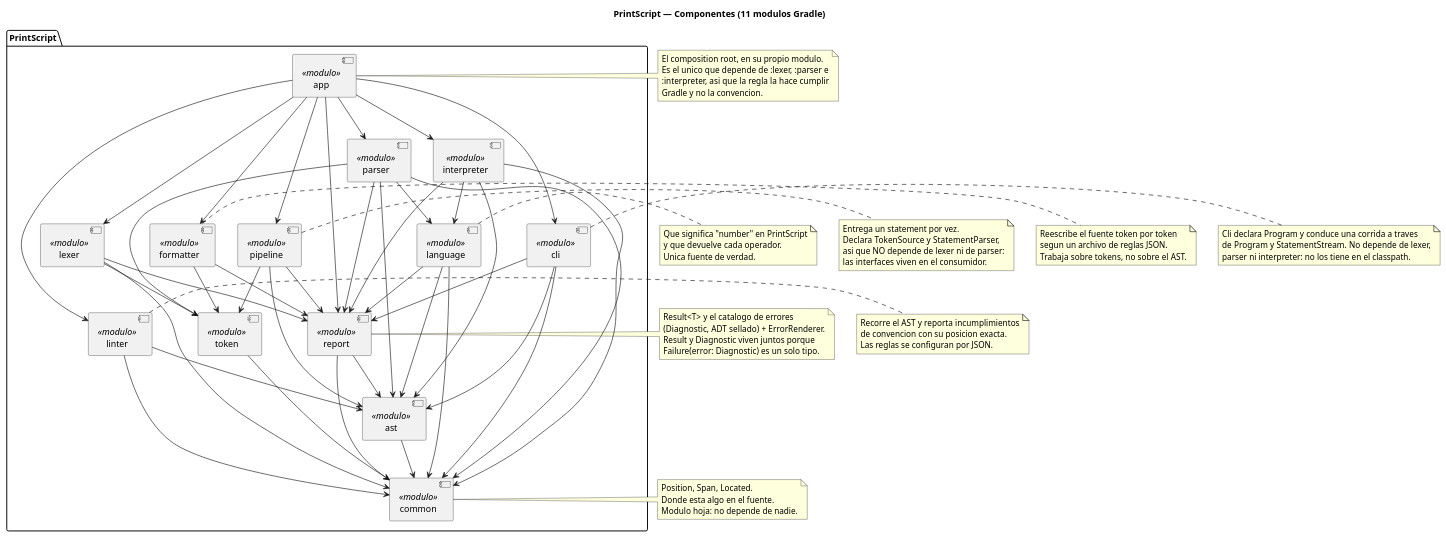
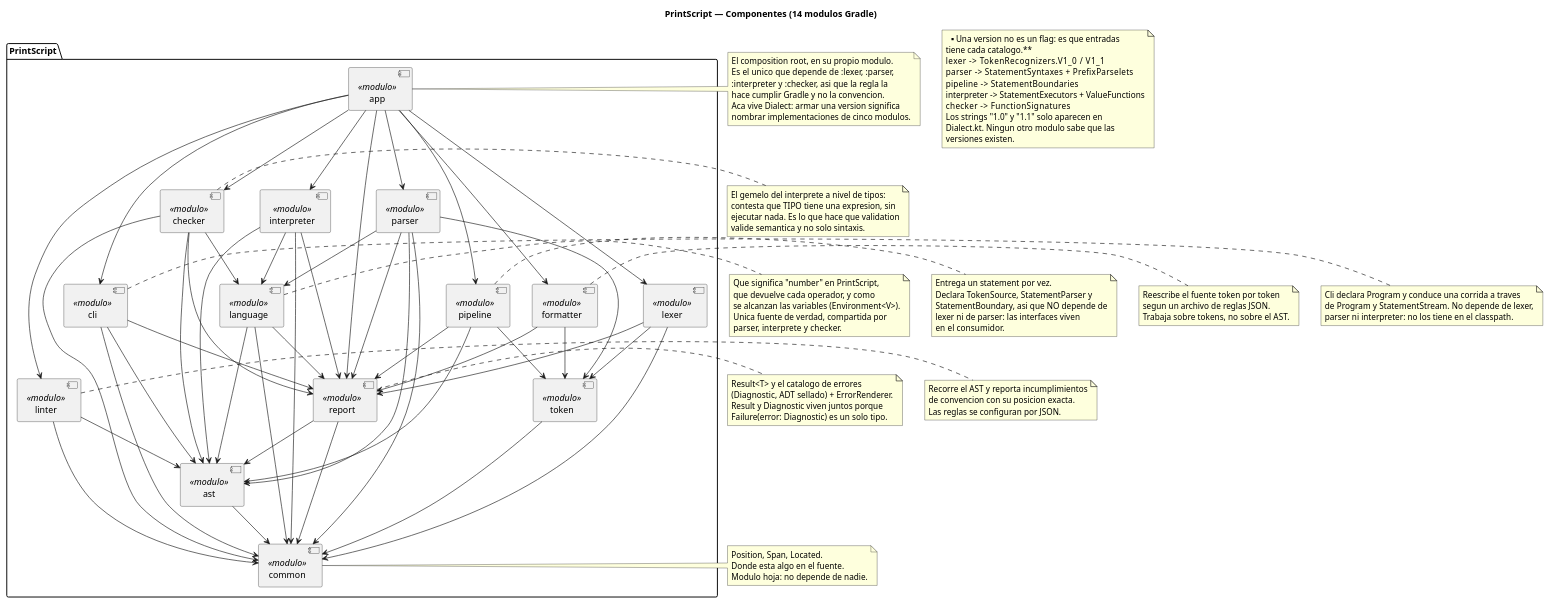
Before and after one commit to Ingsis-BRY/PrintScript: the first of 2 diagrams in docs/architecture-diagram.puml, drawn with PlantUML. The commit also changed other lines of this file and 2 other files, not shown here.

First line of the commit message:
docs: actualizar los entregables para 1.1

```diff
--- a/docs/architecture-diagram.puml
+++ b/docs/architecture-diagram.puml
@@ -7,120 +7,152 @@
 @startuml componentes
-title PrintScript — Componentes (11 modulos Gradle)
+title PrintScript — Componentes (14 modulos Gradle)
 
 package "PrintScript" {
     [common]      <<modulo>>
     [token]       <<modulo>>
     [ast]         <<modulo>>
     [report]      <<modulo>>
     [language]    <<modulo>>
     [lexer]       <<modulo>>
     [parser]      <<modulo>>
     [interpreter] <<modulo>>
     [pipeline]    <<modulo>>
     [formatter]   <<modulo>>
     [linter]      <<modulo>>
+    [checker]     <<modulo>>
     [cli]         <<modulo>>
     [app]         <<modulo>>
 }
 
 note right of [common]
   Position, Span, Located.
   Donde esta algo en el fuente.
   Modulo hoja: no depende de nadie.
 end note
 
 note right of [report]
   Result<T> y el catalogo de errores
   (Diagnostic, ADT sellado) + ErrorRenderer.
   Result y Diagnostic viven juntos porque
   Failure(error: Diagnostic) es un solo tipo.
 end note
 
 note right of [language]
-  Que significa "number" en PrintScript
-  y que devuelve cada operador.
-  Unica fuente de verdad.
+  Que significa "number" en PrintScript,
+  que devuelve cada operador, y como
+  se alcanzan las variables (Environment<V>).
+  Unica fuente de verdad, compartida por
+  parser, interprete y checker.
+end note
+
+note right of [checker]
+  El gemelo del interprete a nivel de tipos:
+  contesta que TIPO tiene una expresion, sin
+  ejecutar nada. Es lo que hace que validation
+  valide semantica y no solo sintaxis.
 end note
 
 note right of [pipeline]
   Entrega un statement por vez.
-  Declara TokenSource y StatementParser,
-  asi que NO depende de lexer ni de parser:
-  las interfaces viven en el consumidor.
+  Declara TokenSource, StatementParser y
+  StatementBoundary, asi que NO depende de
+  lexer ni de parser: las interfaces viven
+  en el consumidor.
 end note
 
 note right of [formatter]
   Reescribe el fuente token por token
   segun un archivo de reglas JSON.
   Trabaja sobre tokens, no sobre el AST.
 end note
 
 note right of [linter]
   Recorre el AST y reporta incumplimientos
   de convencion con su posicion exacta.
   Las reglas se configuran por JSON.
 end note
 
 note right of [cli]
   Cli declara Program y conduce una corrida a traves
   de Program y StatementStream. No depende de lexer,
   parser ni interpreter: no los tiene en el classpath.
 end note
 
 note right of [app]
   El composition root, en su propio modulo.
-  Es el unico que depende de :lexer, :parser e
-  :interpreter, asi que la regla la hace cumplir
-  Gradle y no la convencion.
+  Es el unico que depende de :lexer, :parser,
+  :interpreter y :checker, asi que la regla la
+  hace cumplir Gradle y no la convencion.
+  Aca vive Dialect: armar una version significa
+  nombrar implementaciones de cinco modulos.
+end note
+
+note as VERSIONES
+  **Una version no es un flag: es que entradas
+  tiene cada catalogo.**
+  lexer       -> TokenRecognizers.V1_0 / V1_1
+  parser      -> StatementSyntaxes + PrefixParselets
+  pipeline    -> StatementBoundaries
+  interpreter -> StatementExecutors + ValueFunctions
+  checker     -> FunctionSignatures
+  Los strings "1.0" y "1.1" solo aparecen en
+  Dialect.kt. Ningun otro modulo sabe que las
+  versiones existen.
 end note
 
 [token]       --> [common]
 [ast]         --> [common]
 
 [report]      --> [common]
 [report]      --> [ast]
+
+[checker]     --> [common]
+[checker]     --> [ast]
+[checker]     --> [language]
+[checker]     --> [report]
 
 [language]    --> [common]
 [language]    --> [ast]
 [language]    --> [report]
 
 [lexer]       --> [common]
 [lexer]       --> [token]
 [lexer]       --> [report]
 
 [parser]      --> [common]
 [parser]      --> [token]
 [parser]      --> [ast]
 [parser]      --> [language]
 [parser]      --> [report]
 
 [interpreter] --> [common]
 [interpreter] --> [ast]
 [interpreter] --> [language]
 [interpreter] --> [report]
 
 [pipeline]    --> [token]
 [pipeline]    --> [ast]
 [pipeline]    --> [report]
 
 [formatter]   --> [token]
 [formatter]   --> [report]
 
 [linter]      --> [common]
 [linter]      --> [ast]
 
 [cli]         --> [common]
 [cli]         --> [ast]
 [cli]         --> [report]
 
 ' el unico modulo que nombra implementaciones concretas
 [app]         --> [cli]
 [app]         --> [pipeline]
 [app]         --> [report]
 [app]         --> [lexer]
 [app]         --> [parser]
 [app]         --> [interpreter]
+[app]         --> [checker]
 [app]         --> [formatter]
 [app]         --> [linter]
 
 @enduml
```
